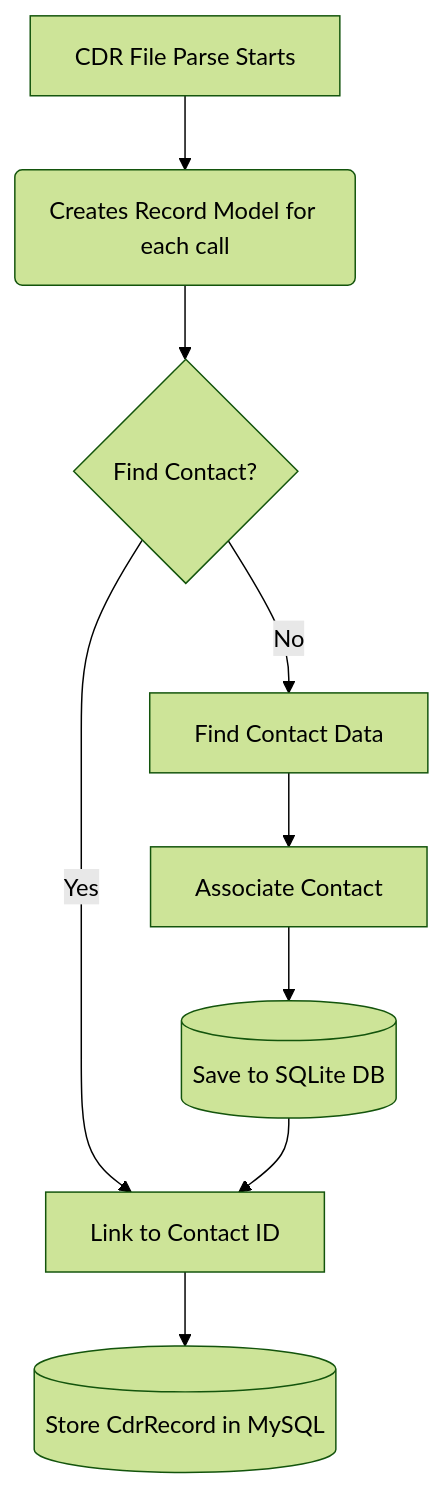
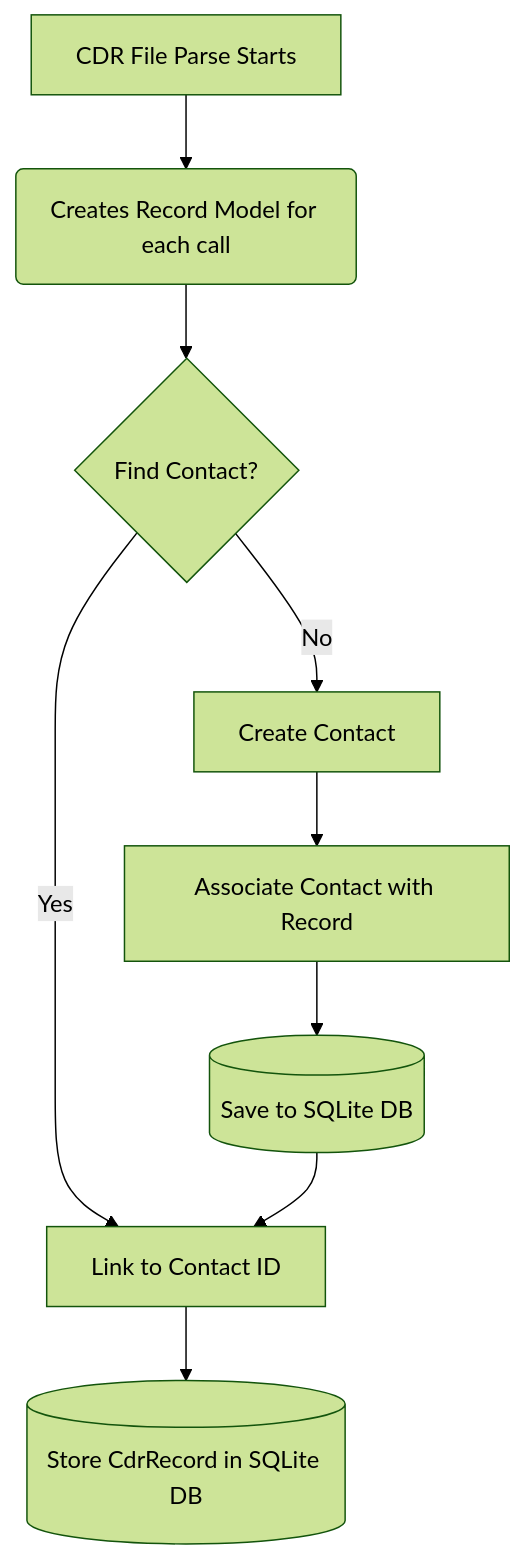
Before and after one commit to greg0rys/PhoneLog: the second of 2 diagrams in README.md, drawn with Mermaid (forest theme).

````diff
--- a/README.md
+++ b/README.md
@@ -35,17 +35,17 @@
 ```mermaid
 graph TD
     A[CDR File Parse Starts] --> B(Creates Record Model for each call)
     B --> C{Find Contact?}
     
     %% The "Yes" path
     C -->|Yes| D[Link to Contact ID]
     
     %% The "No" path
-    C -->|No| E[Find Contact Data]
-    E --> F[Associate Contact]
+    C -->|No| E[Create Contact]
+    E --> F[Associate Contact with Record]
     F --> G[(Save to SQLite DB)]
     G --> D
     
     %% Final step
-    D --> H[(Store CdrRecord in MySQL)]
+    D --> H[(Store CdrRecord in SQLite DB)]
 ```
````
